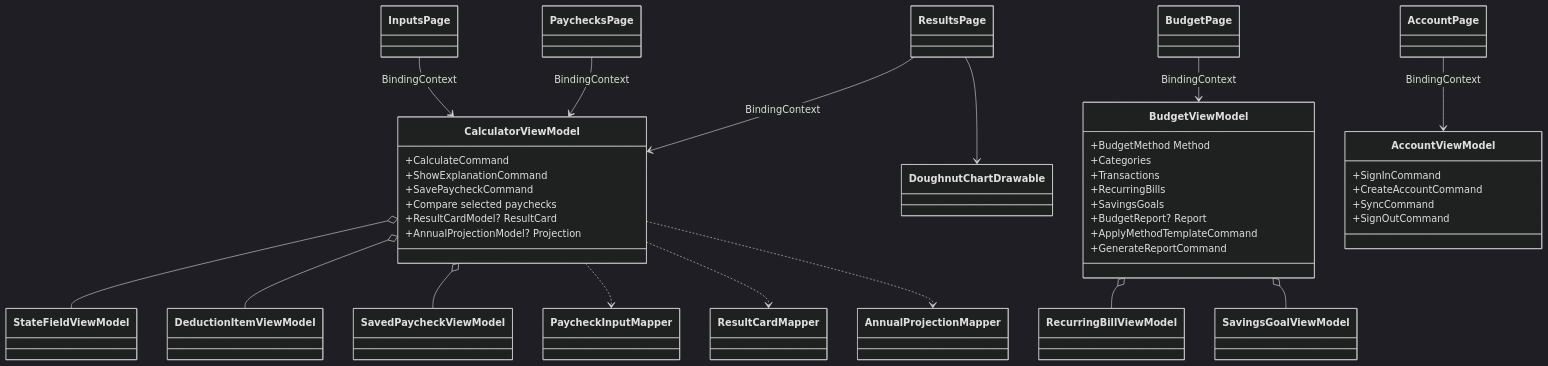
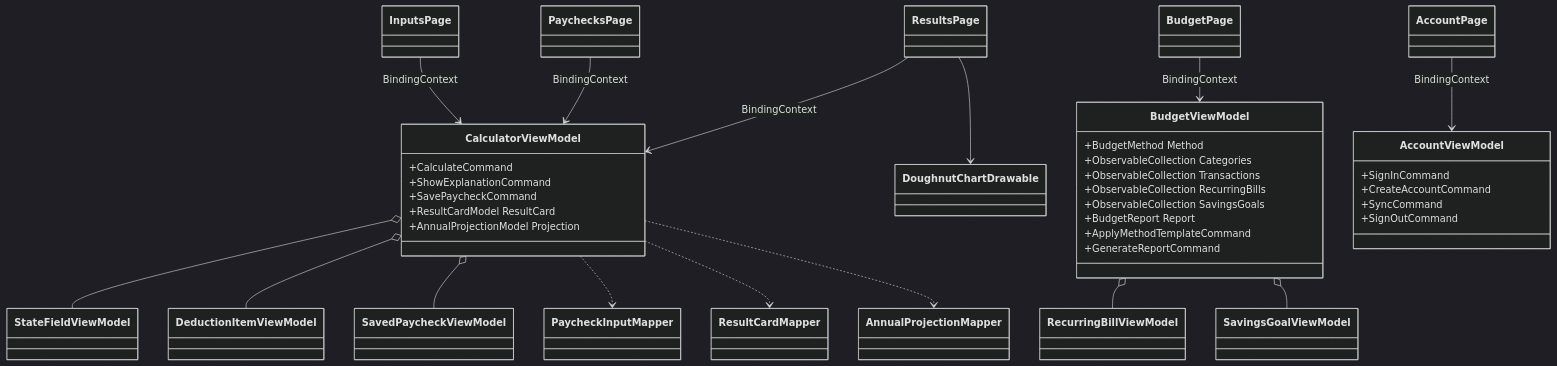
The sixth of 9 diagrams in docs/class-diagram.md (Fibonacci-0112/PaycheckCalculator), drawn with Mermaid (dark theme) before and after one commit. The commit also changed other lines of this file, not shown here.

Commit message:
Tighten Mermaid class diagram syntax

````diff
--- a/docs/class-diagram.md
+++ b/docs/class-diagram.md
@@ -327,59 +323,58 @@
 ```mermaid
 classDiagram
     direction TB
 
     class InputsPage
     class ResultsPage
     class PaychecksPage
     class BudgetPage
     class AccountPage
 
     class CalculatorViewModel {
         +CalculateCommand
         +ShowExplanationCommand
         +SavePaycheckCommand
-        +Compare selected paychecks
-        +ResultCardModel? ResultCard
-        +AnnualProjectionModel? Projection
+        +ResultCardModel ResultCard
+        +AnnualProjectionModel Projection
     }
     class BudgetViewModel {
         +BudgetMethod Method
-        +Categories
-        +Transactions
-        +RecurringBills
-        +SavingsGoals
-        +BudgetReport? Report
+        +ObservableCollection Categories
+        +ObservableCollection Transactions
+        +ObservableCollection RecurringBills
+        +ObservableCollection SavingsGoals
+        +BudgetReport Report
         +ApplyMethodTemplateCommand
         +GenerateReportCommand
     }
     class AccountViewModel {
         +SignInCommand
         +CreateAccountCommand
         +SyncCommand
         +SignOutCommand
     }
     class StateFieldViewModel
     class DeductionItemViewModel
     class SavedPaycheckViewModel
     class RecurringBillViewModel
     class SavingsGoalViewModel
     class PaycheckInputMapper
     class ResultCardMapper
     class AnnualProjectionMapper
     class DoughnutChartDrawable
 
     InputsPage --> CalculatorViewModel : BindingContext
     ResultsPage --> CalculatorViewModel : BindingContext
     PaychecksPage --> CalculatorViewModel : BindingContext
     BudgetPage --> BudgetViewModel : BindingContext
     AccountPage --> AccountViewModel : BindingContext
     CalculatorViewModel o-- StateFieldViewModel
     CalculatorViewModel o-- DeductionItemViewModel
     CalculatorViewModel o-- SavedPaycheckViewModel
     BudgetViewModel o-- RecurringBillViewModel
     BudgetViewModel o-- SavingsGoalViewModel
     CalculatorViewModel ..> PaycheckInputMapper
     CalculatorViewModel ..> ResultCardMapper
     CalculatorViewModel ..> AnnualProjectionMapper
     ResultsPage --> DoughnutChartDrawable
 ```
````
